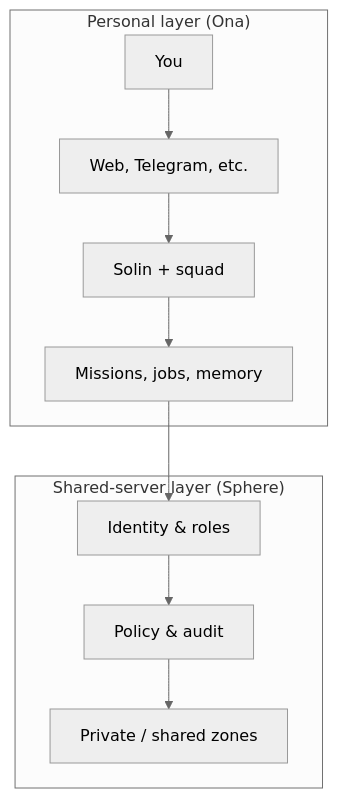
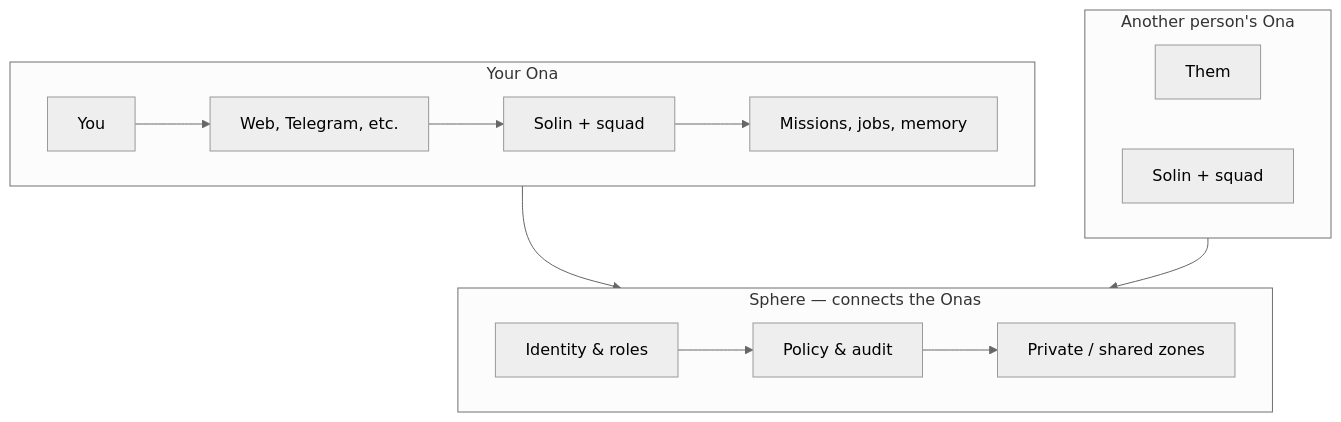
The second of 2 diagrams in WHAT_IS_ONA_AND_SPHERE.md (zerwiz/onapublic), drawn with Mermaid (neutral theme) before and after one commit. The commit also changed other lines of this file and 3 other files, not shown here.

First line of the commit message:
docs: tech stack doc with Mermaid diagrams; big picture and Sphere wording

````diff
--- a/WHAT_IS_ONA_AND_SPHERE.md
+++ b/WHAT_IS_ONA_AND_SPHERE.md
@@ -109,20 +113,25 @@
 ```mermaid
 flowchart TB
-  subgraph personal["Personal layer (Ona)"]
+  subgraph ona1["Your Ona"]
     You[You]
     Solin[Solin + squad]
     Missions[Missions, jobs, memory]
     Channels[Web, Telegram, etc.]
   end
-  subgraph shared["Shared-server layer (Sphere)"]
+  subgraph ona2["Another person's Ona"]
+    Them[Them]
+    Solin2[Solin + squad]
+  end
+  subgraph sphere["Sphere — connects the Onas"]
     Identity[Identity & roles]
     Policy[Policy & audit]
     Zones[Private / shared zones]
   end
   You --> Channels
   Channels --> Solin
   Solin --> Missions
-  Missions --> Identity
+  ona1 --> sphere
+  ona2 --> sphere
   Identity --> Policy
   Policy --> Zones
 ```
````
